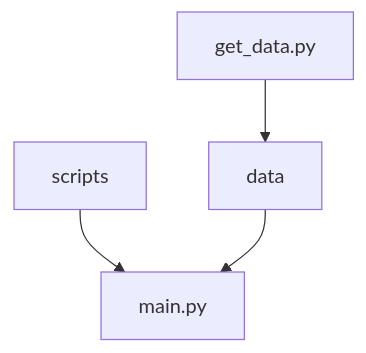
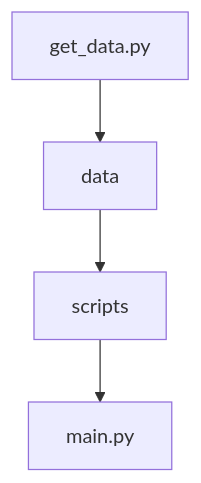
Before and after one commit to lombarma/ProjetE3FIAccidentsMortels: the diagram in README.md, drawn with Mermaid.

````diff
--- a/README.md
+++ b/README.md
@@ -3,6 +3,6 @@
 ```mermaid
 graph TD
 A[scripts] --> B[main.py]
-C[data] --> B
+C[data] --> A
 D[get_data.py] --> C
 ```
````
